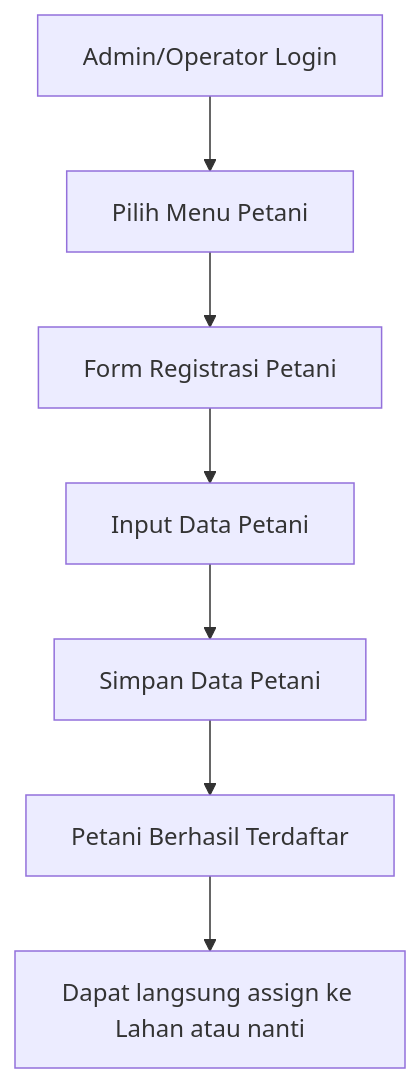
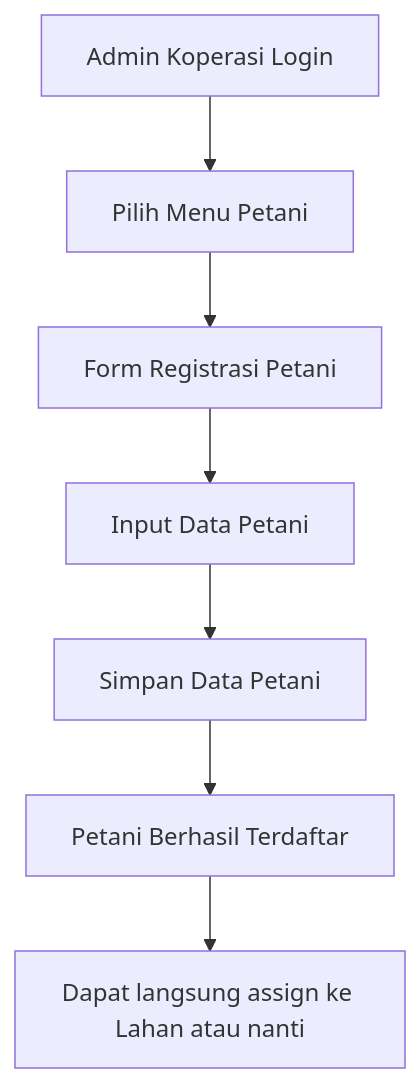
One commit to ahmaddiqi/Coop-coffee changed the second of 9 diagrams in PRD-Coffee-Cooperative-System.md. Above: the diagram before and after it, drawn with Mermaid. The commit also changed other lines of this file, not shown here.

````diff
--- a/PRD-Coffee-Cooperative-System.md
+++ b/PRD-Coffee-Cooperative-System.md
@@ -332,9 +322,9 @@
 ```mermaid
 flowchart TD
-    A[Admin/Operator Login] --> B[Pilih Menu Petani]
+    A[Admin Koperasi Login] --> B[Pilih Menu Petani]
     B --> C[Form Registrasi Petani]
     C --> D[Input Data Petani]
     D --> E[Simpan Data Petani]
     E --> F[Petani Berhasil Terdaftar]
     F --> G[Dapat langsung assign ke Lahan atau nanti]
 ```
````
